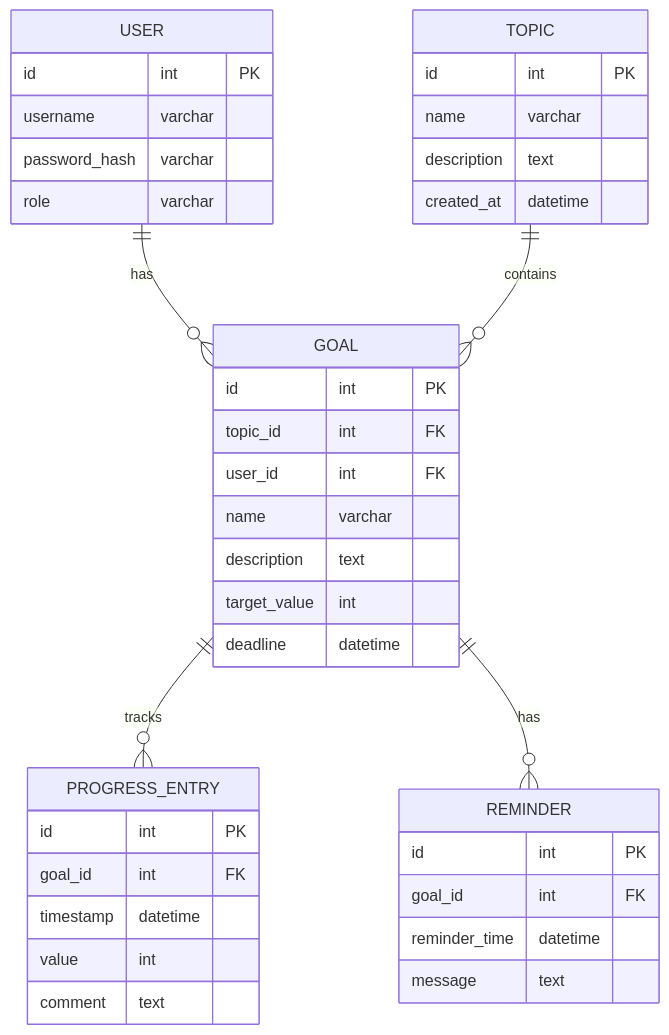
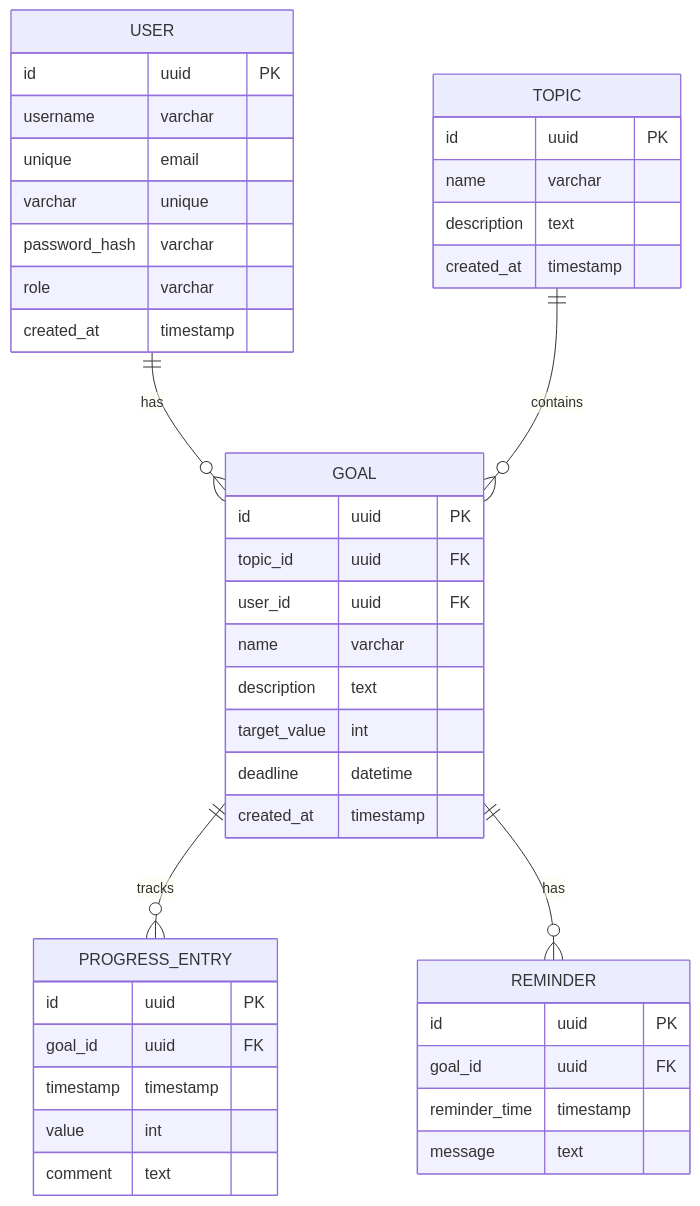
The diagram in students/IvanyukIvan/task_01/R1_ERD.md (JonF1re/WT-AC-2025-CourseWorks), drawn with Mermaid before and after one commit. The commit also changed other lines of this file and 6 other files, not shown here.

````diff
--- a/students/IvanyukIvan/task_01/R1_ERD.md
+++ b/students/IvanyukIvan/task_01/R1_ERD.md
@@ -7,42 +7,45 @@
 ```mermaid
 erDiagram
-  USER ||--o{ GOAL : has
-  TOPIC ||--o{ GOAL : contains
-  GOAL ||--o{ PROGRESS_ENTRY : tracks
-  GOAL ||--o{ REMINDER : has
+		USER ||--o{ GOAL : has
+		TOPIC ||--o{ GOAL : contains
+		GOAL ||--o{ PROGRESS_ENTRY : tracks
+		GOAL ||--o{ REMINDER : has
 
-  USER {
-   id int PK
-   username varchar
-   password_hash varchar
-   role varchar
-  }
-  TOPIC {
-   id int PK
-   name varchar
-   description text
-   created_at datetime
-  }
-  GOAL {
-   id int PK
-   topic_id int FK
-   user_id int FK
-   name varchar
-   description text
-   target_value int
-   deadline datetime
-  }
-  PROGRESS_ENTRY {
-   id int PK
-   goal_id int FK
-   timestamp datetime
-   value int
-   comment text
-  }
-  REMINDER {
-   id int PK
-   goal_id int FK
-   reminder_time datetime
-   message text
-  }
+		USER {
+			id uuid PK
+			username varchar unique
+			email varchar unique
+			password_hash varchar
+			role varchar
+			created_at timestamp
+		}
+		TOPIC {
+			id uuid PK
+			name varchar
+			description text
+			created_at timestamp
+		}
+		GOAL {
+			id uuid PK
+			topic_id uuid FK
+			user_id uuid FK
+			name varchar
+			description text
+			target_value int
+			deadline datetime
+			created_at timestamp
+		}
+		PROGRESS_ENTRY {
+			id uuid PK
+			goal_id uuid FK
+			timestamp timestamp
+			value int
+			comment text
+		}
+		REMINDER {
+			id uuid PK
+			goal_id uuid FK
+			reminder_time timestamp
+			message text
+		}
 ```
````
